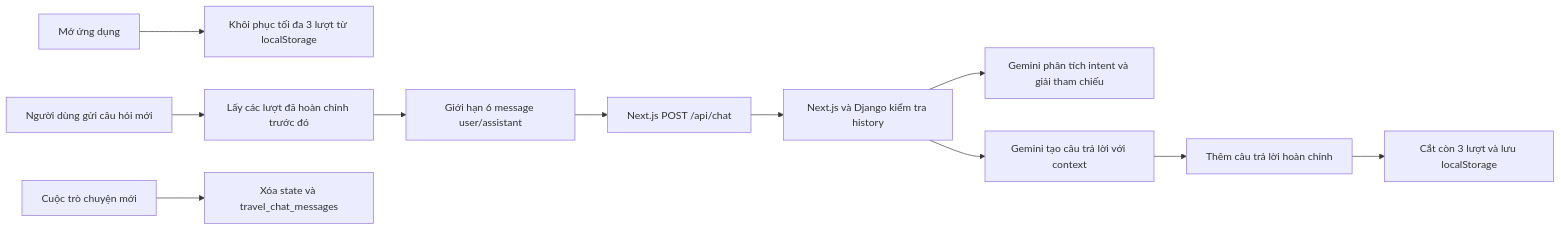
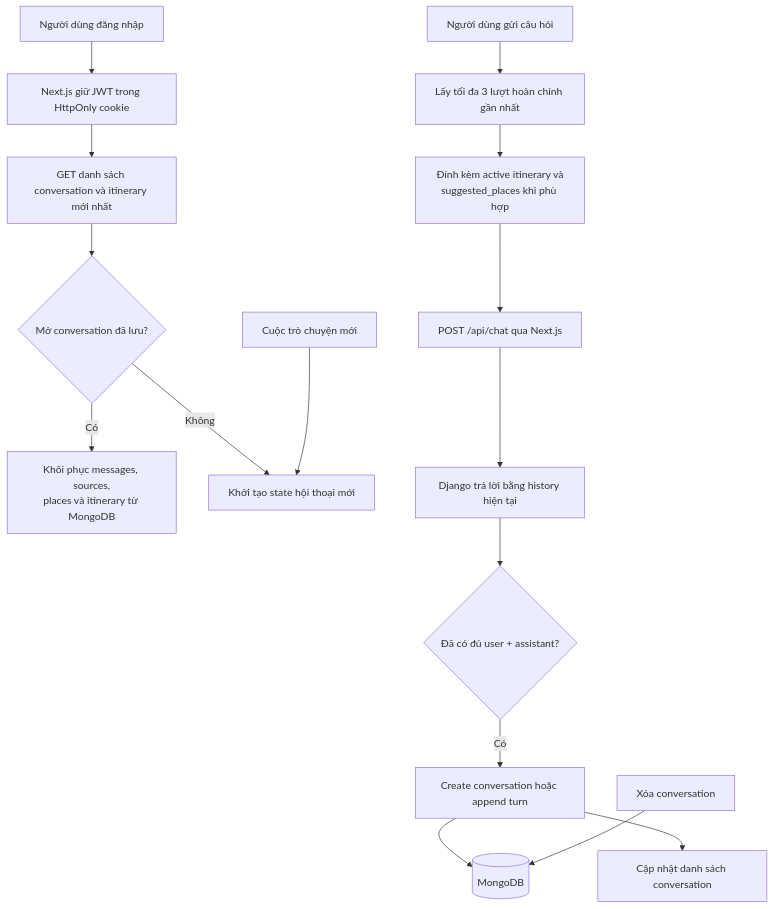
One commit to nguyendinhhung04/Travel-Chatbot changed the tenth of 12 diagrams in README.md. Above: the diagram before and after it, drawn with Mermaid. The commit also changed other lines of this file and 9 other files, not shown here.

````diff
--- a/README.md
+++ b/README.md
@@ -244,13 +317,20 @@
 ```mermaid
-flowchart LR
-    LOAD[Mở ứng dụng] --> RESTORE[Khôi phục tối đa 3 lượt từ localStorage]
-    INPUT[Người dùng gửi câu hỏi mới] --> HISTORY[Lấy các lượt đã hoàn chỉnh trước đó]
-    HISTORY --> TRIM[Giới hạn 6 message user/assistant]
-    TRIM --> NEXT[Next.js POST /api/chat]
-    NEXT --> VALIDATE[Next.js và Django kiểm tra history]
-    VALIDATE --> SEMANTIC[Gemini phân tích intent và giải tham chiếu]
-    VALIDATE --> ANSWER[Gemini tạo câu trả lời với context]
-    ANSWER --> COMPLETE[Thêm câu trả lời hoàn chỉnh]
-    COMPLETE --> SAVE[Cắt còn 3 lượt và lưu localStorage]
-    NEW[Cuộc trò chuyện mới] --> CLEAR[Xóa state và travel_chat_messages]
+flowchart TD
+    LOGIN[Người dùng đăng nhập] --> COOKIE[Next.js giữ JWT trong HttpOnly cookie]
+    COOKIE --> LIST[GET danh sách conversation và itinerary mới nhất]
+    LIST --> OPEN{Mở conversation đã lưu?}
+    OPEN -->|Có| RESTORE[Khôi phục messages, sources,<br/>places và itinerary từ MongoDB]
+    OPEN -->|Không| EMPTY[Khởi tạo state hội thoại mới]
+
+    INPUT[Người dùng gửi câu hỏi] --> HISTORY[Lấy tối đa 3 lượt hoàn chỉnh gần nhất]
+    HISTORY --> CONTEXT[Đính kèm active itinerary và<br/>suggested_places khi phù hợp]
+    CONTEXT --> CHAT[POST /api/chat qua Next.js]
+    CHAT --> ANSWER[Django trả lời bằng history hiện tại]
+    ANSWER --> COMPLETE{Đã có đủ user + assistant?}
+    COMPLETE -->|Có| SAVE[Create conversation hoặc append turn]
+    SAVE --> MONGO[(MongoDB)]
+    SAVE --> SIDEBAR[Cập nhật danh sách conversation]
+
+    NEW[Cuộc trò chuyện mới] --> EMPTY
+    DELETE[Xóa conversation] --> MONGO
 ```
````
